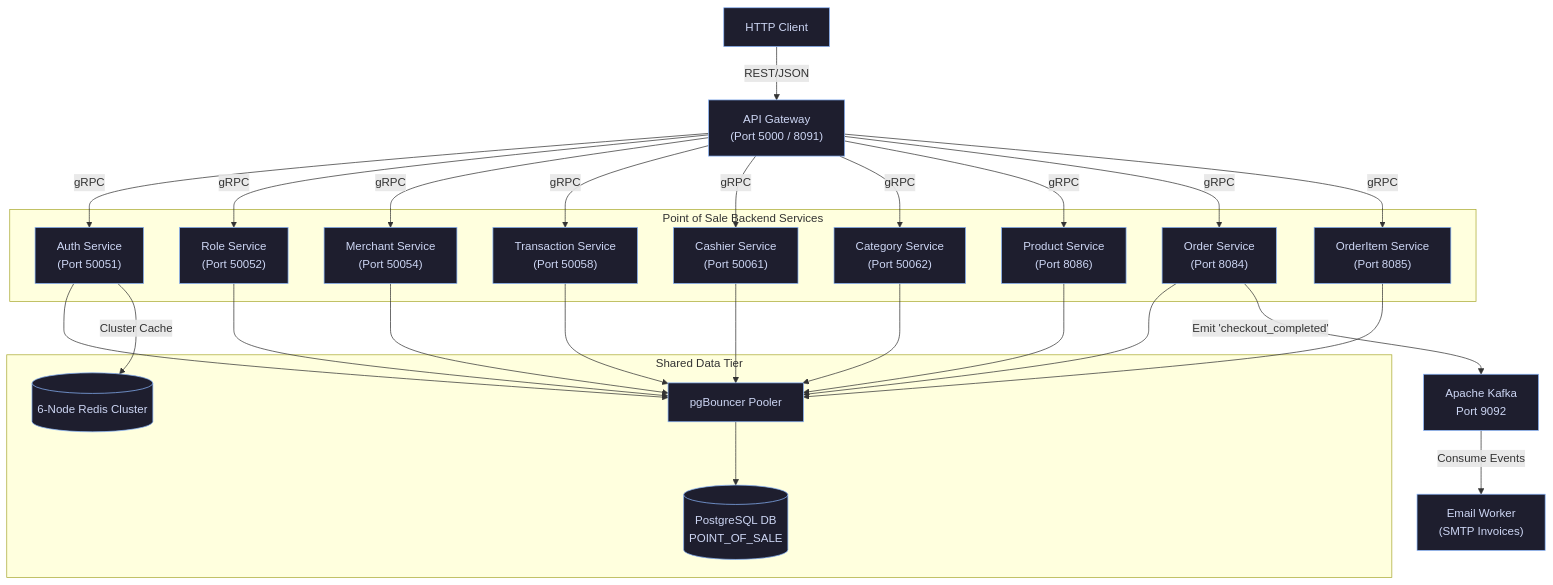
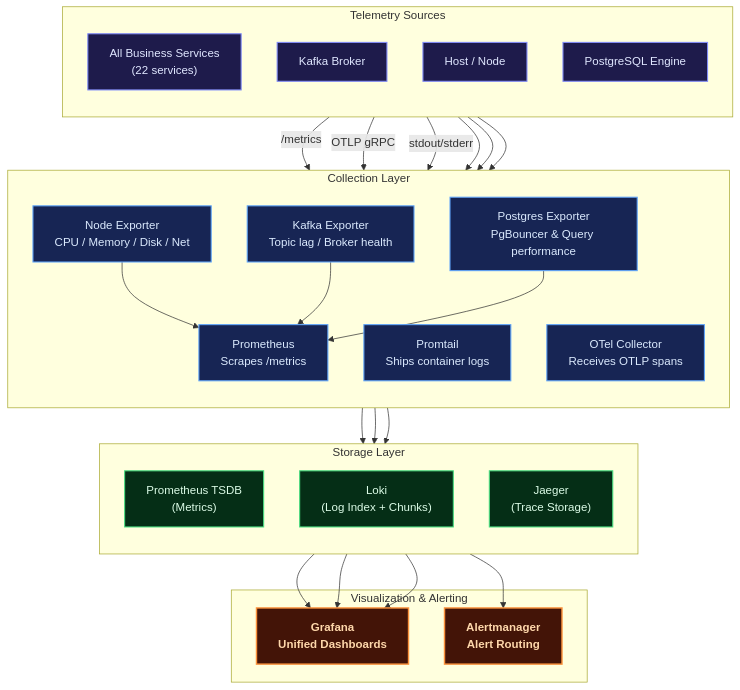
Before and after one commit to MamangRust/modular-monolith-vertx-point-of-sale: the sixth of 7 diagrams in README.md, drawn with Mermaid. The commit also changed other lines of this file and 1 other file, not shown here.

Commit message:
docs: update README with project architecture and features and refactor Redis configuration for improved cluster support

````diff
--- a/README.md
+++ b/README.md
@@ -82,54 +331,56 @@
 ```mermaid
-flowchart TD
-    Client[HTTP Client] -->|REST/JSON| Gateway["API Gateway<br/>(Port 5000 / 8091)"]
+graph TB
+    classDef service fill:#1e1b4b,stroke:#818cf8,color:#e0e7ff,stroke-width:1.5px
+    classDef collector fill:#172554,stroke:#60a5fa,color:#dbeafe,stroke-width:1.5px
+    classDef storage fill:#052e16,stroke:#4ade80,color:#dcfce7,stroke-width:1.5px
+    classDef viz fill:#431407,stroke:#fb923c,color:#fed7aa,stroke-width:2px,font-weight:bold
 
-    subgraph POS_Services["Point of Sale Backend Services"]
-        Auth["Auth Service<br/>(Port 50051)"]
-        Role["Role Service<br/>(Port 50052)"]
-        Merchant["Merchant Service<br/>(Port 50054)"]
-        Transaction["Transaction Service<br/>(Port 50058)"]
-        Cashier["Cashier Service<br/>(Port 50061)"]
-        Category["Category Service<br/>(Port 50062)"]
-        Product["Product Service<br/>(Port 8086)"]
-        Order["Order Service<br/>(Port 8084)"]
-        OrderItem["OrderItem Service<br/>(Port 8085)"]
+    subgraph Sources["Telemetry Sources"]
+        direction TB
+        SVCS["All Business Services<br/>(22 services)"]:::service
+        KAFKA_SRC["Kafka Broker"]:::service
+        NODES["Host / Node"]:::service
+        DB_SRC["PostgreSQL Engine"]:::service
     end
 
-    Gateway -->|gRPC| Auth
-    Gateway -->|gRPC| Role
-    Gateway -->|gRPC| Merchant
-    Gateway -->|gRPC| Transaction
-    Gateway -->|gRPC| Cashier
-    Gateway -->|gRPC| Category
-    Gateway -->|gRPC| Product
-    Gateway -->|gRPC| Order
-    Gateway -->|gRPC| OrderItem
-
-    subgraph Data_Tier["Shared Data Tier"]
-        pgBouncer[pgBouncer Pooler]
-        Postgres[(PostgreSQL DB<br/>POINT_OF_SALE)]
-        RedisCluster[(6-Node Redis Cluster)]
-        
-        Auth --> pgBouncer
-        Role --> pgBouncer
-        Merchant --> pgBouncer
-        Transaction --> pgBouncer
-        Cashier --> pgBouncer
-        Category --> pgBouncer
-        Product --> pgBouncer
-        Order --> pgBouncer
-        OrderItem --> pgBouncer
-        
-        pgBouncer --> Postgres
-        Auth -->|Cluster Cache| RedisCluster
+    subgraph Collectors["Collection Layer"]
+        direction TB
+        PROM["Prometheus<br/>Scrapes /metrics"]:::collector
+        PROMTAIL["Promtail<br/>Ships container logs"]:::collector
+        OTEL["OTel Collector<br/>Receives OTLP spans"]:::collector
+        NODEX["Node Exporter<br/>CPU / Memory / Disk / Net"]:::collector
+        KAFKAX["Kafka Exporter<br/>Topic lag / Broker health"]:::collector
+        PGX["Postgres Exporter<br/>PgBouncer & Query performance"]:::collector
     end
 
-    Kafka[Apache Kafka<br/>Port 9092]
-    Order -->|Emit 'checkout_completed'| Kafka
-    Kafka -->|Consume Events| EmailWorker["Email Worker<br/>(SMTP Invoices)"]
+    subgraph Storage["Storage Layer"]
+        direction TB
+        PROM_TSDB["Prometheus TSDB<br/>(Metrics)"]:::storage
+        LOKI_STORE["Loki<br/>(Log Index + Chunks)"]:::storage
+        JAEGER_STORE["Jaeger<br/>(Trace Storage)"]:::storage
+    end
 
-    classDef default fill:#1e1e2e,stroke:#89b4fa,color:#cdd6f4,stroke-width:1px;
-    classDef gateway fill:#1e293b,stroke:#94e2d5,color:#f0fdfa,font-weight:bold;
-    classDef core fill:#313244,stroke:#cba6f7,color:#f5e0dc,font-weight:bold;
-    classDef infra fill:#292524,stroke:#fab387,color:#fde68a;
+    subgraph Visualization["Visualization & Alerting"]
+        GRAFANA["Grafana<br/>Unified Dashboards"]:::viz
+        ALERTMGR["Alertmanager<br/>Alert Routing"]:::viz
+    end
+
+    SVCS -->|"/metrics"| PROM
+    SVCS -->|"OTLP gRPC"| OTEL
+    SVCS -->|"stdout/stderr"| PROMTAIL
+    NODES --> NODEX
+    KAFKA_SRC --> KAFKAX
+    DB_SRC --> PGX
+
+    NODEX --> PROM
+    KAFKAX --> PROM
+    PGX --> PROM
+    PROM --> PROM_TSDB
+    PROMTAIL --> LOKI_STORE
+    OTEL --> JAEGER_STORE
+
+    PROM_TSDB --> GRAFANA
+    LOKI_STORE --> GRAFANA
+    JAEGER_STORE --> GRAFANA
+    PROM_TSDB --> ALERTMGR
 ```
````
